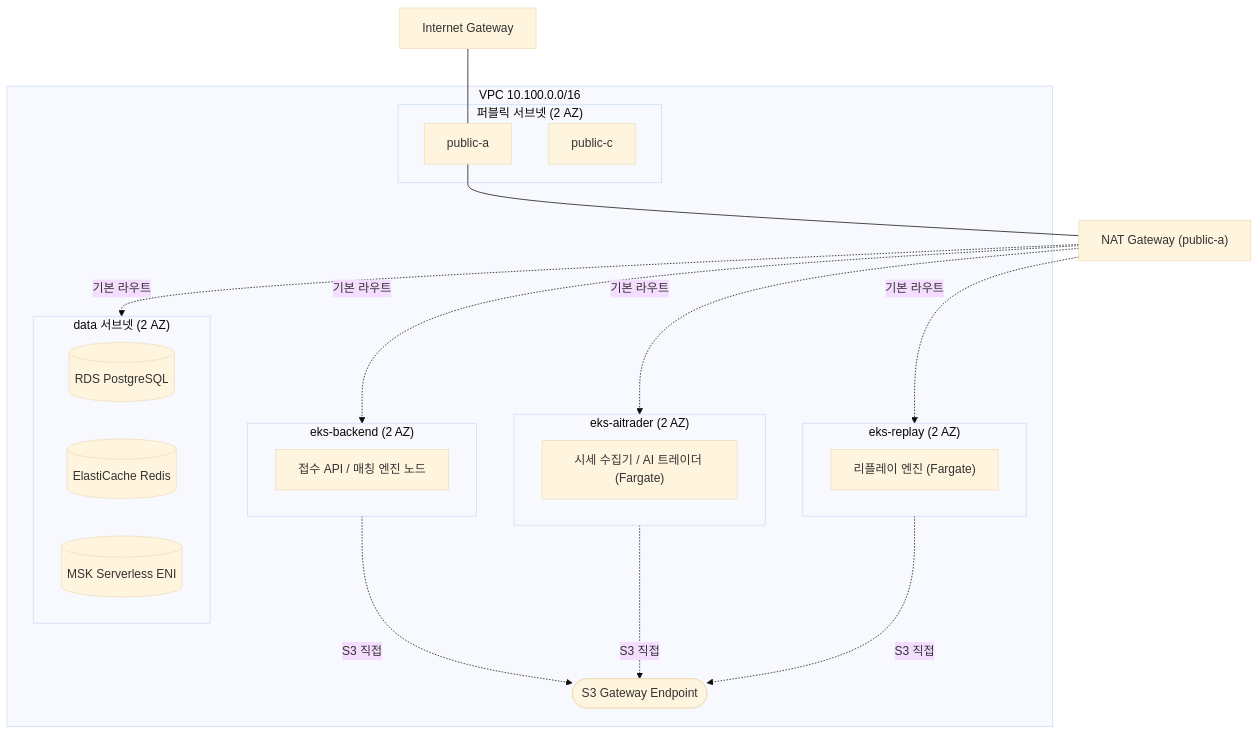
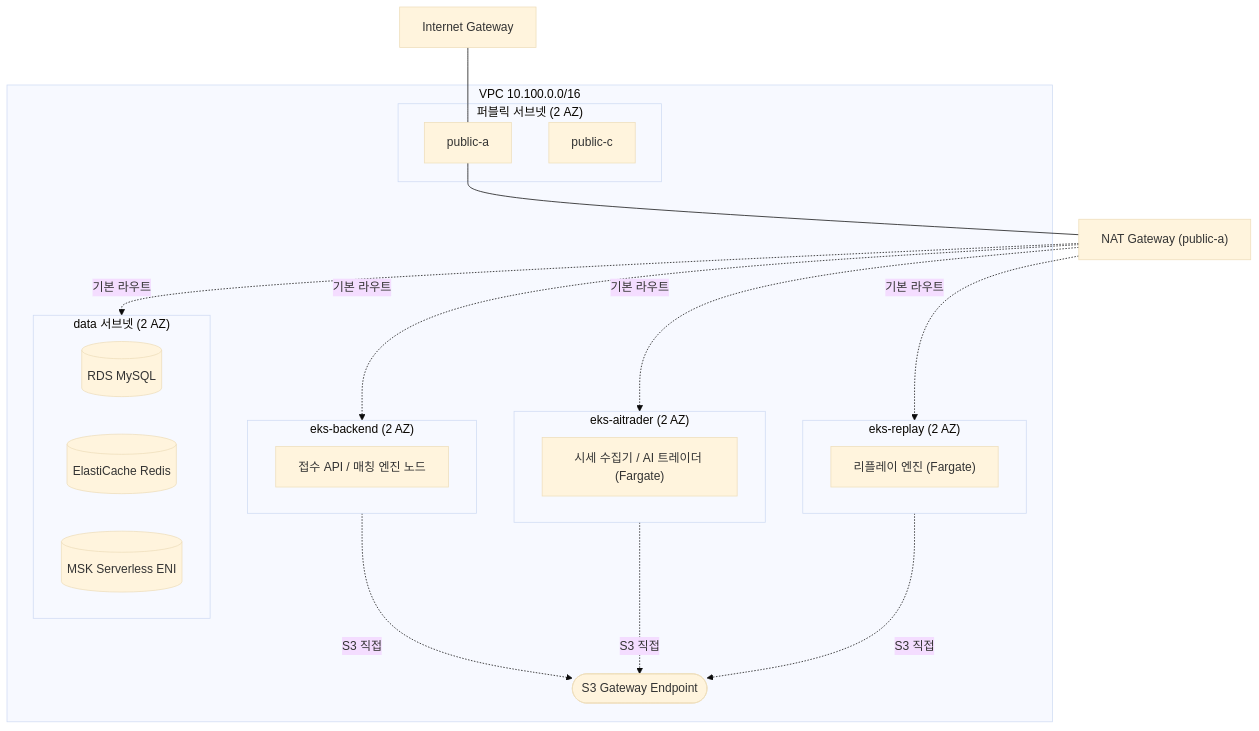
Before and after one commit to team-nohynix/Project-final-1team: the diagram in docs/infra-placement-design.md, drawn with Mermaid (base theme). The commit also changed other lines of this file and 3 other files, not shown here.

````diff
--- a/docs/infra-placement-design.md
+++ b/docs/infra-placement-design.md
@@ -57,40 +59,40 @@
 ```mermaid
 flowchart TB
     IGW["Internet Gateway"]
     NAT["NAT Gateway (public-a)"]
 
     subgraph VPC["VPC 10.100.0.0/16"]
         subgraph PUB["퍼블릭 서브넷 (2 AZ)"]
             PA["public-a"]
             PC["public-c"]
         end
 
         subgraph BE["eks-backend (2 AZ)"]
             BEA["접수 API / 매칭 엔진 노드"]
         end
         subgraph AI["eks-aitrader (2 AZ)"]
             AIA["시세 수집기 / AI 트레이더 (Fargate)"]
         end
         subgraph RP["eks-replay (2 AZ)"]
             RPA["리플레이 엔진 (Fargate)"]
         end
         subgraph DATA["data 서브넷 (2 AZ)"]
-            RDS[("RDS PostgreSQL")]
+            RDS[("RDS MySQL")]
             REDIS[("ElastiCache Redis")]
             MSK[("MSK Serverless ENI")]
         end
 
         S3EP(["S3 Gateway Endpoint"])
     end
 
     IGW --- PA
     PA --- NAT
     NAT -.->|기본 라우트| BE
     NAT -.->|기본 라우트| AI
     NAT -.->|기본 라우트| RP
     NAT -.->|기본 라우트| DATA
 
     BE -.->|S3 직접| S3EP
     AI -.->|S3 직접| S3EP
     RP -.->|S3 직접| S3EP
 ```
````
